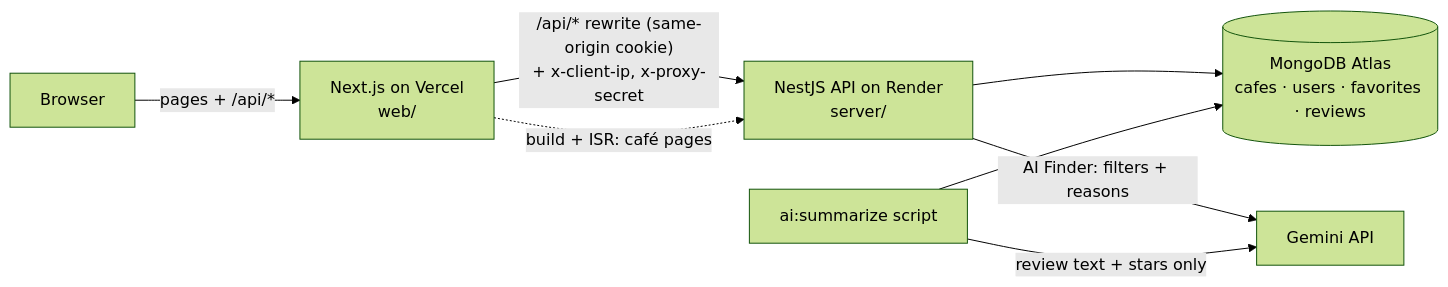
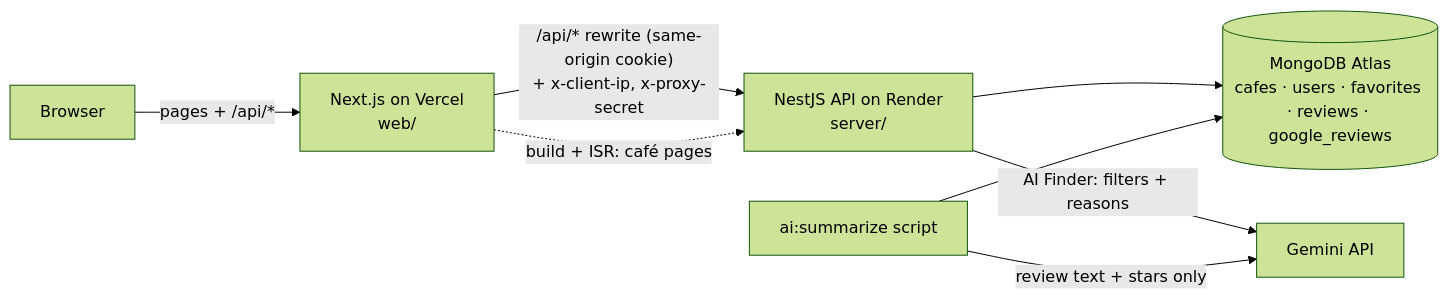
One commit to sjsiwat/Brewmap changed the diagram in README.md. Above: the diagram before and after it, drawn with Mermaid (forest theme). The commit also changed other lines of this file and 20 other files, not shown here.

First line of the commit message:
phase 8: merged features, pages open at the top, real Google reviews

````diff
--- a/README.md
+++ b/README.md
@@ -357,10 +357,10 @@
 ```mermaid
 flowchart LR
   B[Browser] -->|pages + /api/*| V[Next.js on Vercel<br/>web/]
   V -->|"/api/* rewrite (same-origin cookie)<br/>+ x-client-ip, x-proxy-secret"| R[NestJS API on Render<br/>server/]
   V -.->|build + ISR: café pages| R
-  R --> M[(MongoDB Atlas<br/>cafes · users · favorites · reviews)]
+  R --> M[(MongoDB Atlas<br/>cafes · users · favorites · reviews · google_reviews)]
   R -->|AI Finder: filters + reasons| G[Gemini API]
   S[ai:summarize script] -->|review text + stars only| G
   S --> M
 ```
````
